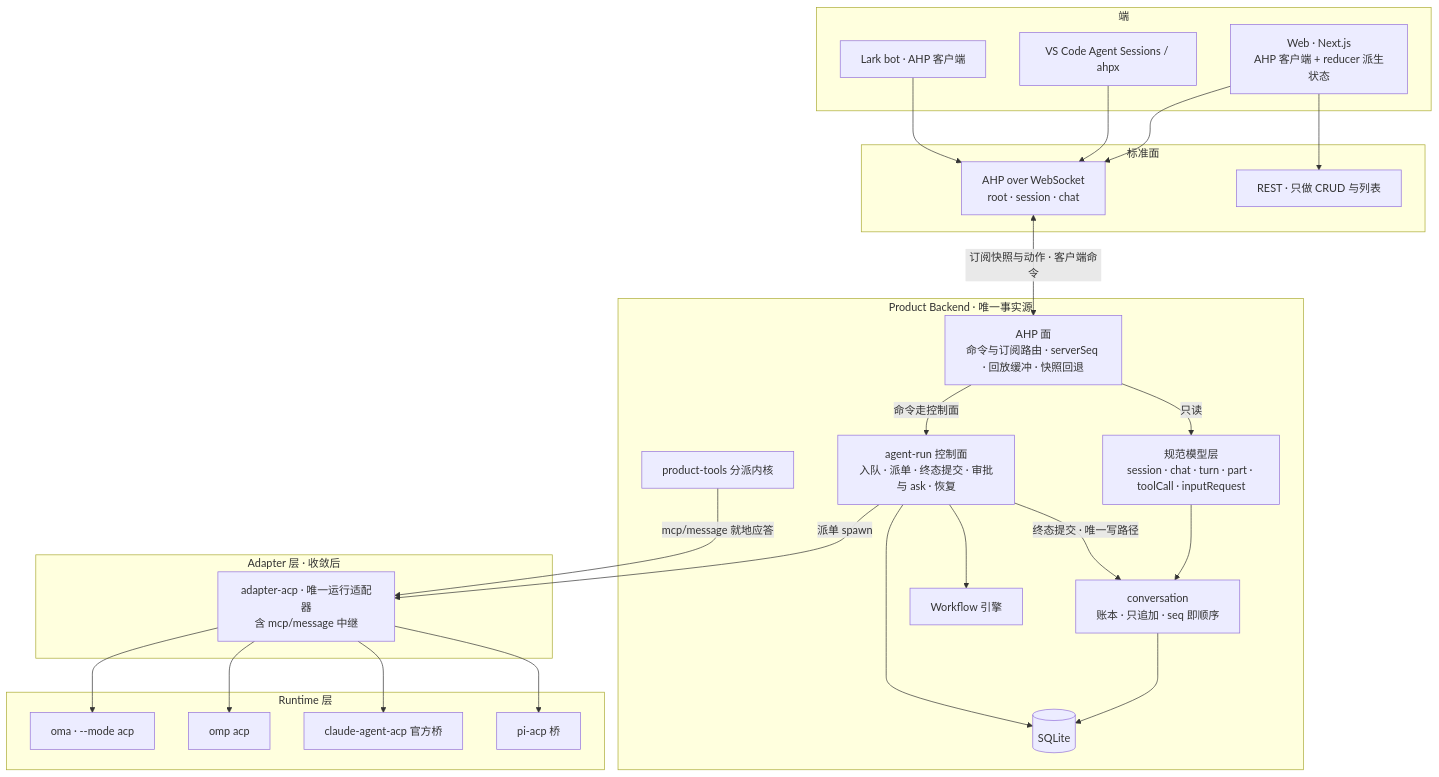
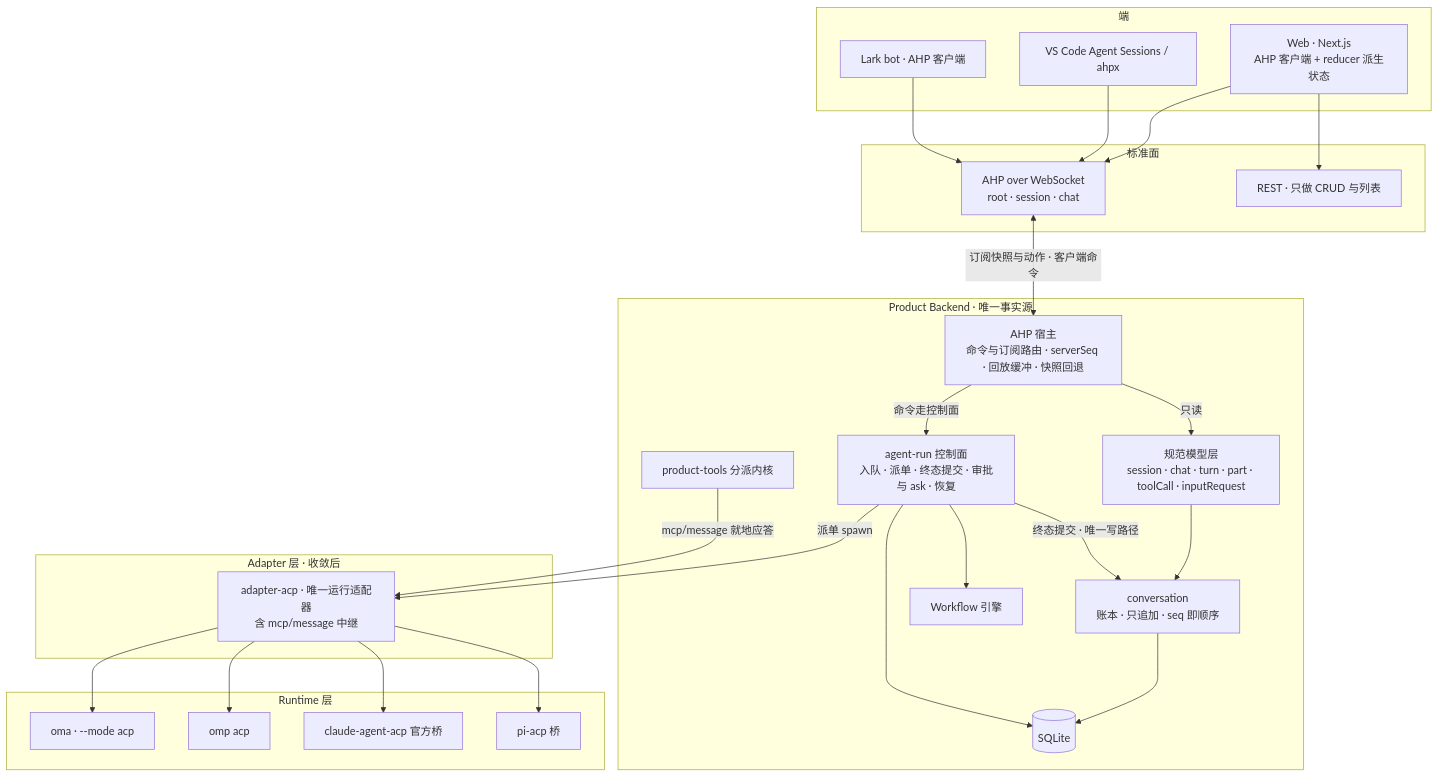
The first of 2 diagrams in docs/adr/0040-run-contract-acp-surface-contract-ahp.md (Chengchcc/my-agent-team), drawn with Mermaid before and after one commit. The commit also changed other lines of this file and 15 other files, not shown here.

````diff
--- a/docs/adr/0040-run-contract-acp-surface-contract-ahp.md
+++ b/docs/adr/0040-run-contract-acp-surface-contract-ahp.md
@@ -67,53 +71,53 @@
 ```mermaid
 flowchart TB
   subgraph SURF["端"]
     WEB["Web · Next.js<br/>AHP 客户端 + reducer 派生状态"]
     VS["VS Code Agent Sessions / ahpx"]
     LARK["Lark bot · AHP 客户端"]
   end
 
   subgraph WIRE["标准面"]
     AHPW["AHP over WebSocket<br/>root · session · chat"]
     RESTW["REST · 只做 CRUD 与列表"]
   end
 
   subgraph BE["Product Backend · 唯一事实源"]
-    AHPS["AHP 面<br/>命令与订阅路由 · serverSeq · 回放缓冲 · 快照回退"]
+    AHPS["AHP 宿主<br/>命令与订阅路由 · serverSeq · 回放缓冲 · 快照回退"]
     CAN["规范模型层<br/>session · chat · turn · part · toolCall · inputRequest"]
     CONV["conversation<br/>账本 · 只追加 · seq 即顺序"]
     RUN["agent-run 控制面<br/>入队 · 派单 · 终态提交 · 审批与 ask · 恢复"]
     WF["Workflow 引擎"]
     PT["product-tools 分派内核"]
     DB[("SQLite")]
   end
 
   subgraph AD["Adapter 层 · 收敛后"]
     AAC["adapter-acp · 唯一运行适配器<br/>含 mcp/message 中继"]
   end
 
   subgraph RT["Runtime 层"]
     OACP["oma · --mode acp"]
     OMP["omp acp"]
     CCB["claude-agent-acp 官方桥"]
     PIB["pi-acp 桥"]
   end
 
   WEB --> AHPW
   WEB --> RESTW
   VS --> AHPW
   LARK --> AHPW
   AHPW <-->|订阅快照与动作 · 客户端命令| AHPS
   AHPS -->|命令走控制面| RUN
   AHPS -->|只读| CAN
   CAN --> CONV
   RUN -->|终态提交 · 唯一写路径| CONV
   RUN --> WF
   RUN -->|派单 spawn| AAC
   AAC --> OACP
   AAC --> OMP
   AAC --> CCB
   AAC --> PIB
   PT -->|mcp/message 就地应答| AAC
   CONV --> DB
   RUN --> DB
 ```
````
